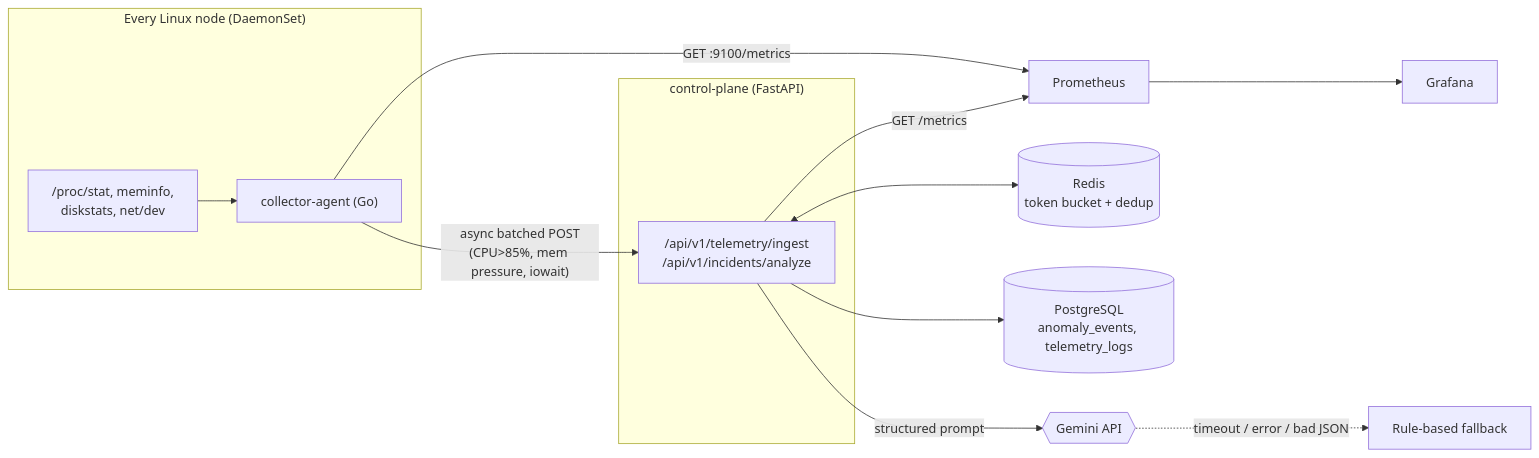
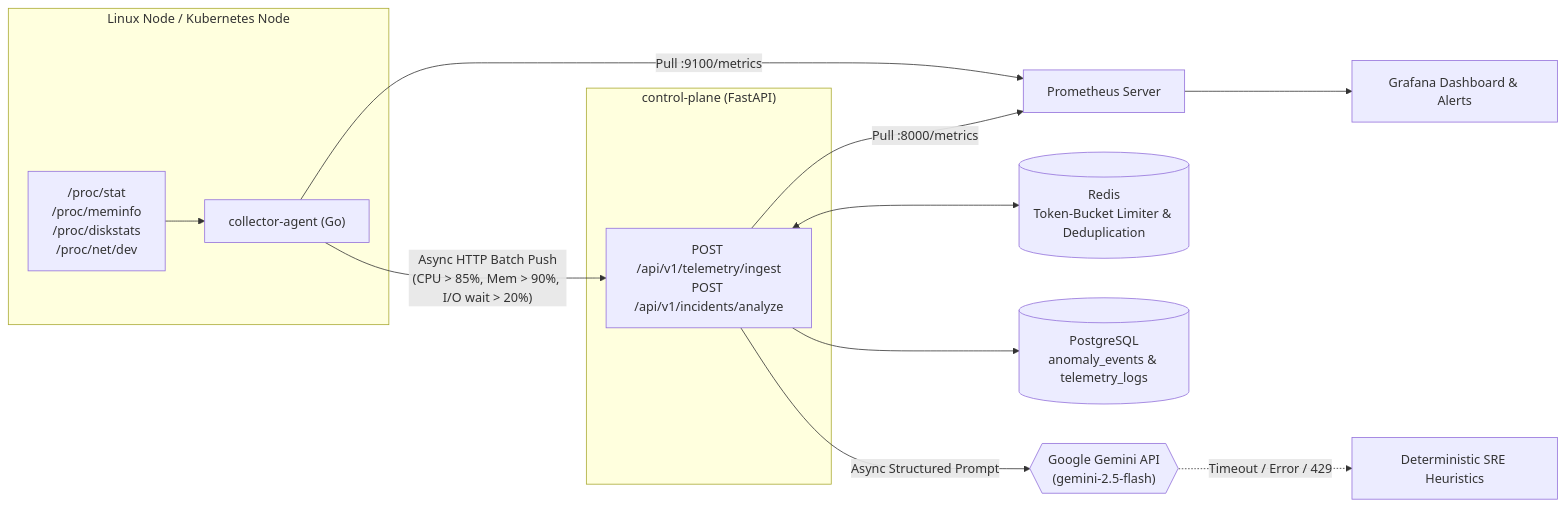
Before and after one commit to Xol1ren/cloud-native-telemetry: the diagram in README.md, drawn with Mermaid. The commit also changed other lines of this file and 4 other files, not shown here.

Commit message:
docs: update architectural docs, benchmark profile, and quickstart guides

````diff
--- a/README.md
+++ b/README.md
@@ -10,17 +13,21 @@
 ```mermaid
 flowchart LR
-    subgraph Node["Every Linux node (DaemonSet)"]
-        P["/proc/stat, meminfo,<br/>diskstats, net/dev"] --> A["collector-agent (Go)"]
+    subgraph Host["Linux Node / Kubernetes Node"]
+        P["/proc/stat<br/>/proc/meminfo<br/>/proc/diskstats<br/>/proc/net/dev"] --> A["collector-agent (Go)"]
     end
-    A -- "GET :9100/metrics" --> PR[Prometheus]
-    A -- "async batched POST<br/>(CPU>85%, mem pressure, iowait)" --> API
-    subgraph CP["control-plane (FastAPI)"]
-        API["/api/v1/telemetry/ingest<br/>/api/v1/incidents/analyze"]
+
+    A -- "Pull :9100/metrics" --> PR["Prometheus Server"]
+    A -- "Async HTTP Batch Push<br/>(CPU > 85%, Mem > 90%, I/O wait > 20%)" --> CP
+
+    subgraph ControlPlane["control-plane (FastAPI)"]
+        CP["POST /api/v1/telemetry/ingest<br/>POST /api/v1/incidents/analyze"]
     end
-    API <--> R[(Redis<br/>token bucket + dedup)]
-    API --> PG[(PostgreSQL<br/>anomaly_events, telemetry_logs)]
-    API -- "structured prompt" --> G{{Gemini API}}
-    G -. "timeout / error / bad JSON" .-> FB[Rule-based fallback]
-    API -- "GET /metrics" --> PR
-    PR --> GF[Grafana]
+
+    CP <--> R[("Redis<br/>Token-Bucket Limiter & Deduplication")]
+    CP --> PG[("PostgreSQL<br/>anomaly_events & telemetry_logs")]
+    CP -- "Async Structured Prompt" --> G{{"Google Gemini API<br/>(gemini-2.5-flash)"}}
+    G -. "Timeout / Error / 429" .-> FB["Deterministic SRE Heuristics"]
+
+    CP -- "Pull :8000/metrics" --> PR
+    PR --> GF["Grafana Dashboard & Alerts"]
 ```
````
